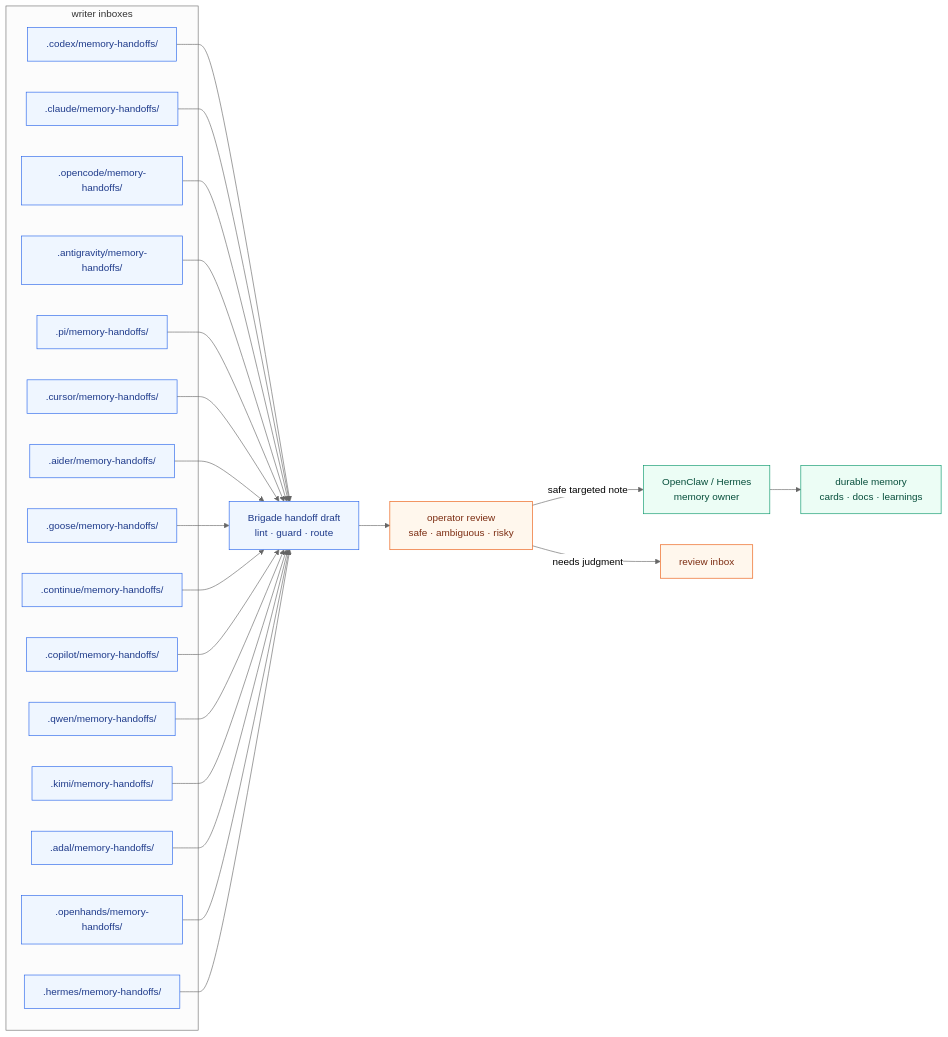
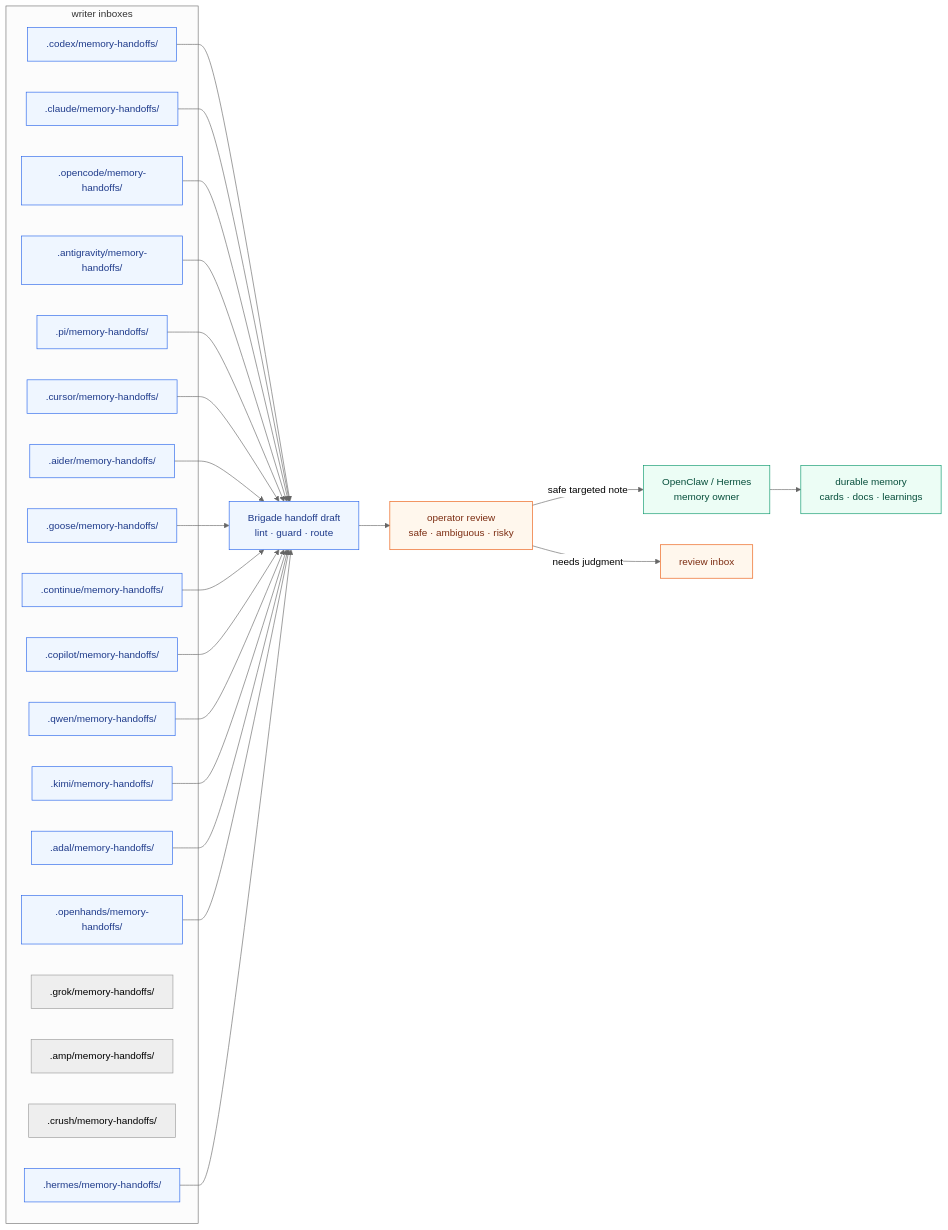
The second of 13 diagrams in docs/overview.md (escoffier-labs/brigade), drawn with Mermaid (neutral theme) before and after one commit. The commit also changed other lines of this file and 40 other files, not shown here.

First line of the commit message:
feat: add grok, amp, and crush writer harnesses

````diff
--- a/docs/overview.md
+++ b/docs/overview.md
@@ -162,36 +165,39 @@
 ```mermaid
 flowchart LR
     subgraph WRITERS [" writer inboxes "]
         C[".codex/memory-handoffs/"]
         CL[".claude/memory-handoffs/"]
         O[".opencode/memory-handoffs/"]
         A[".antigravity/memory-handoffs/"]
         P[".pi/memory-handoffs/"]
         CU[".cursor/memory-handoffs/"]
         AI[".aider/memory-handoffs/"]
         G[".goose/memory-handoffs/"]
         CO[".continue/memory-handoffs/"]
         GH[".copilot/memory-handoffs/"]
         Q[".qwen/memory-handoffs/"]
         K[".kimi/memory-handoffs/"]
         AD[".adal/memory-handoffs/"]
         OH[".openhands/memory-handoffs/"]
+        GR[".grok/memory-handoffs/"]
+        AM[".amp/memory-handoffs/"]
+        CR[".crush/memory-handoffs/"]
         H[".hermes/memory-handoffs/"]
     end
 
     DRAFT["Brigade handoff draft<br/>lint · guard · route"]
     REVIEW["operator review<br/>safe · ambiguous · risky"]
     OWNER["OpenClaw / Hermes<br/>memory owner"]
     MEM["durable memory<br/>cards · docs · learnings"]
 
     C & CL & O & A & P & CU & AI & G & CO & GH & Q & K & AD & OH & H --> DRAFT --> REVIEW
     REVIEW -->|safe targeted note| OWNER --> MEM
     REVIEW -->|needs judgment| INBOX["review inbox"]
 
     classDef local fill:#eff6ff,stroke:#2563eb,color:#1e3a8a;
     classDef review fill:#fff7ed,stroke:#ea580c,color:#7c2d12;
     classDef memory fill:#ecfdf5,stroke:#059669,color:#064e3b;
     class C,CL,O,A,P,CU,AI,G,CO,GH,Q,K,AD,OH,H,DRAFT local;
     class REVIEW,INBOX review;
     class OWNER,MEM memory;
 ```
````
